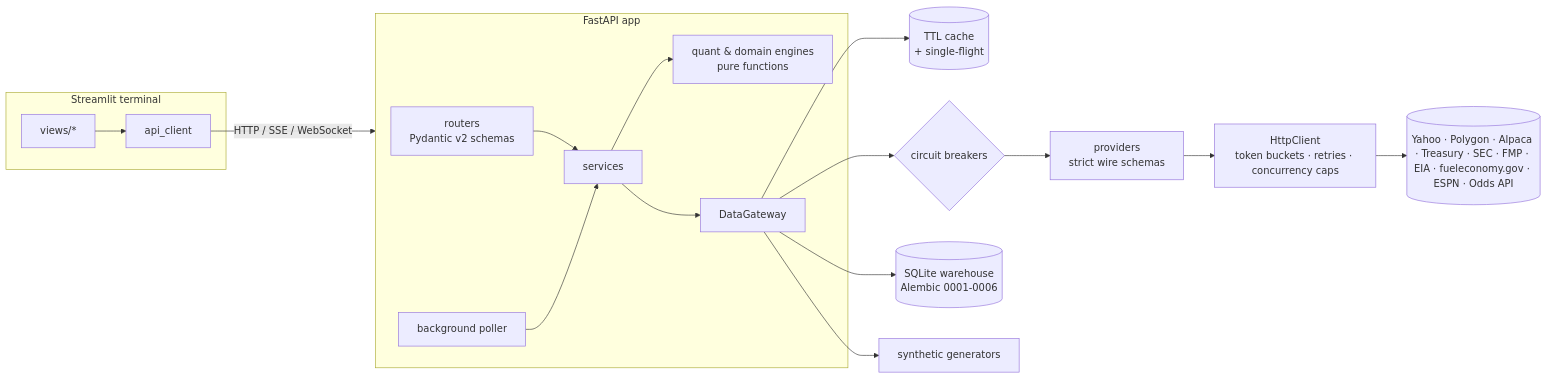
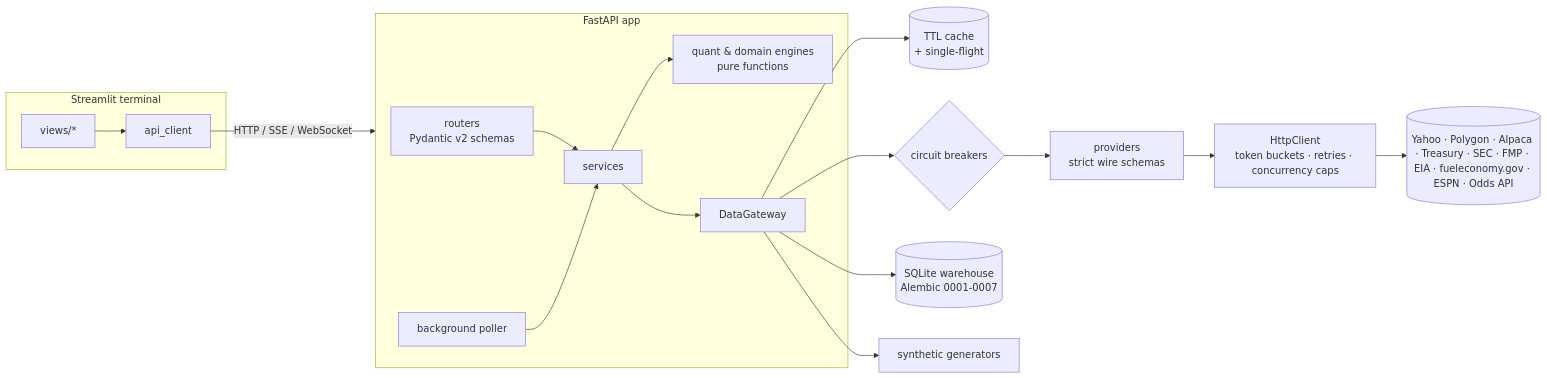
One commit to kasmdkasdsad/Finance changed the diagram in README.md. Above: the diagram before and after it, drawn with Mermaid. The commit also changed other lines of this file and 26 other files, not shown here.

````diff
--- a/README.md
+++ b/README.md
@@ -79,20 +82,20 @@
 ```mermaid
 flowchart LR
     subgraph UI[Streamlit terminal]
         V[views/*] --> C[api_client]
     end
     C -- HTTP / SSE / WebSocket --> API
     subgraph API[FastAPI app]
         R[routers<br/>Pydantic v2 schemas] --> S[services]
         S --> Q[quant & domain engines<br/>pure functions]
         S --> G[DataGateway]
         P[background poller] --> S
     end
     G --> CACHE[(TTL cache<br/>+ single-flight)]
     G --> CB{circuit breakers}
     CB --> PR[providers<br/>strict wire schemas]
     PR --> HTTP[HttpClient<br/>token buckets · retries · concurrency caps]
     HTTP --> EXT[(Yahoo · Polygon · Alpaca · Treasury · SEC · FMP · EIA · fueleconomy.gov · ESPN · Odds API)]
-    G --> WH[(SQLite warehouse<br/>Alembic 0001-0006)]
+    G --> WH[(SQLite warehouse<br/>Alembic 0001-0007)]
     G --> SYN[synthetic generators]
 ```
````
